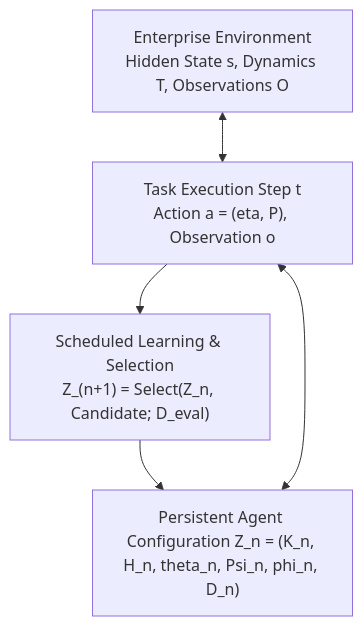
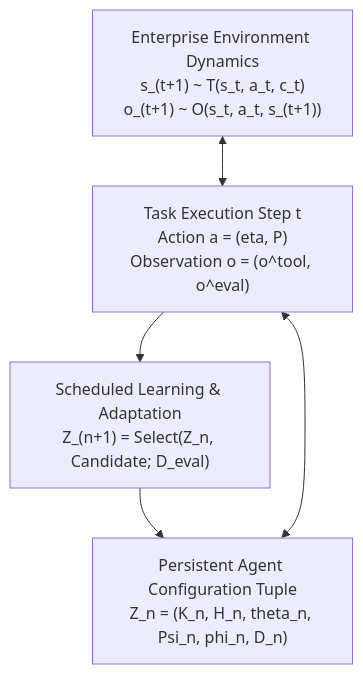
The second of 4 diagrams in docs/background_and_related_work_formulation.md (masoudhashemi/worldmodel-harness), drawn with Mermaid before and after one commit. The commit also changed other lines of this file and 1 other file, not shown here.

````diff
--- a/docs/background_and_related_work_formulation.md
+++ b/docs/background_and_related_work_formulation.md
@@ -46,7 +130,9 @@
 ```mermaid
 flowchart TD
-    Env["Enterprise Environment<br>Hidden State s, Dynamics T, Observations O"] <--> Run["Task Execution Step t<br>Action a = (eta, P), Observation o"]
-    Agent["Persistent Agent Configuration Z_n = (K_n, H_n, theta_n, Psi_n, phi_n, D_n)"] <--> Run
-    Run --> Update["Scheduled Learning & Selection<br>Z_(n+1) = Select(Z_n, Candidate; D_eval)"]
+    Env["Enterprise Environment Dynamics<br>s_(t+1) ~ T(s_t, a_t, c_t)<br>o_(t+1) ~ O(s_t, a_t, s_(t+1))"] <--> Run["Task Execution Step t<br>Action a = (eta, P)<br>Observation o = (o^tool, o^eval)"]
+    
+    Agent["Persistent Agent Configuration Tuple<br>Z_n = (K_n, H_n, theta_n, Psi_n, phi_n, D_n)"] <--> Run
+    
+    Run --> Update["Scheduled Learning & Adaptation<br>Z_(n+1) = Select(Z_n, Candidate; D_eval)"]
     Update --> Agent
 ```
````
